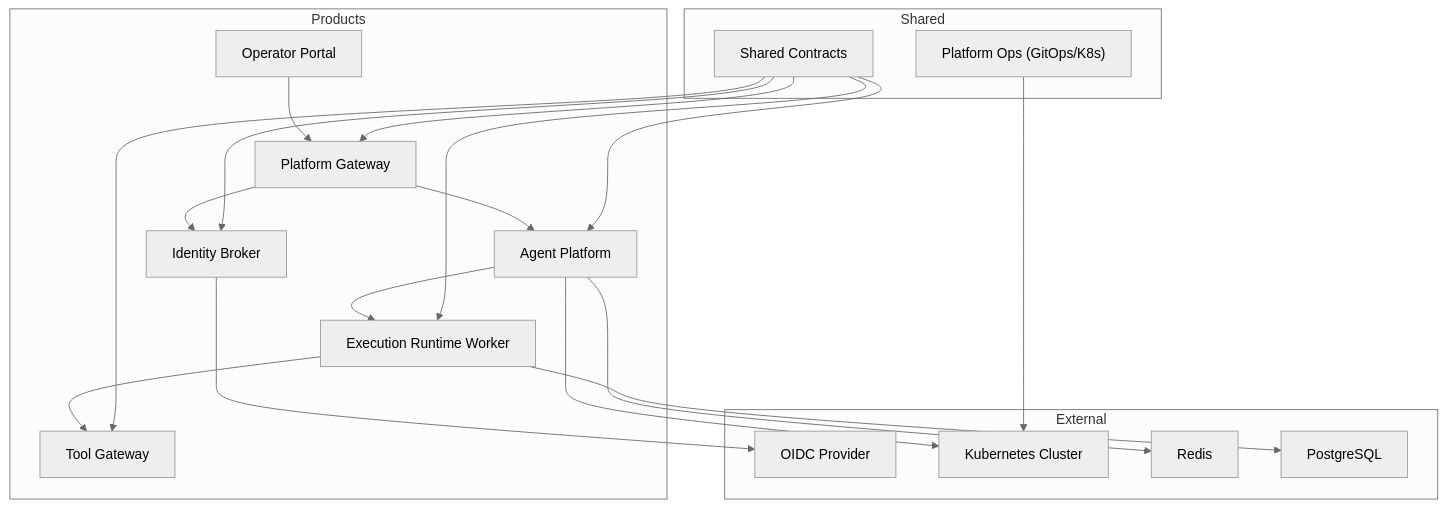
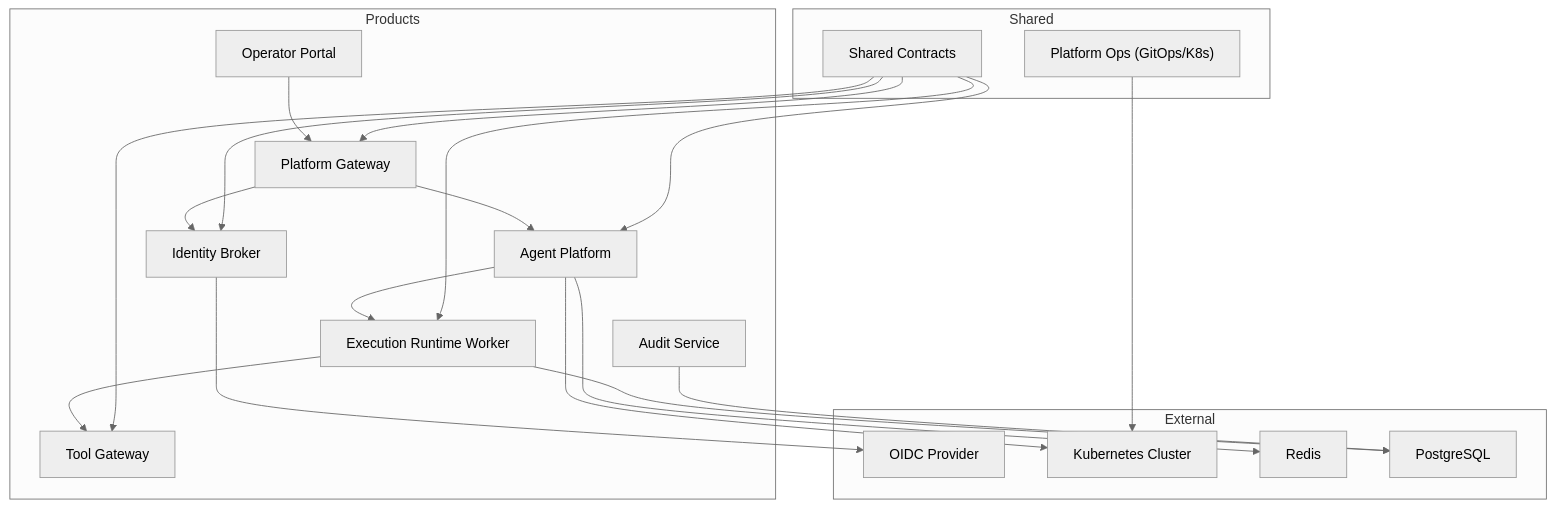
One commit to metasync/luban-aiops changed the first of 9 diagrams in .qoder/repowiki/en/content/Architecture Documentation/Architecture Documentation.md. Above: the diagram before and after it, drawn with Mermaid (neutral theme). The commit also changed other lines of this file and 11 other files, not shown here.

````diff
--- a/.qoder/repowiki/en/content/Architecture Documentation/Architecture Documentation.md
+++ b/.qoder/repowiki/en/content/Architecture Documentation/Architecture Documentation.md
@@ -121,36 +131,38 @@
 ```mermaid
 graph TB
 subgraph "Products"
 PG["Platform Gateway"]
 TG["Tool Gateway"]
 ERW["Execution Runtime Worker"]
 AP["Agent Platform"]
 IB["Identity Broker"]
 OP["Operator Portal"]
+AS["Audit Service"]
 end
 subgraph "Shared"
 SC["Shared Contracts"]
 OPS["Platform Ops (GitOps/K8s)"]
 end
 subgraph "External"
 OIDC["OIDC Provider"]
 K8S["Kubernetes Cluster"]
 REDIS["Redis"]
 POSTGRES["PostgreSQL"]
 end
 OP --> PG
 PG --> AP
 PG --> IB
 AP --> ERW
 ERW --> TG
 ERW --> POSTGRES
 AP --> REDIS
 AP --> K8S
 IB --> OIDC
 OPS --> K8S
 SC --> PG
 SC --> TG
 SC --> AP
 SC --> IB
 SC --> ERW
+AS --> POSTGRES
 ```
````
